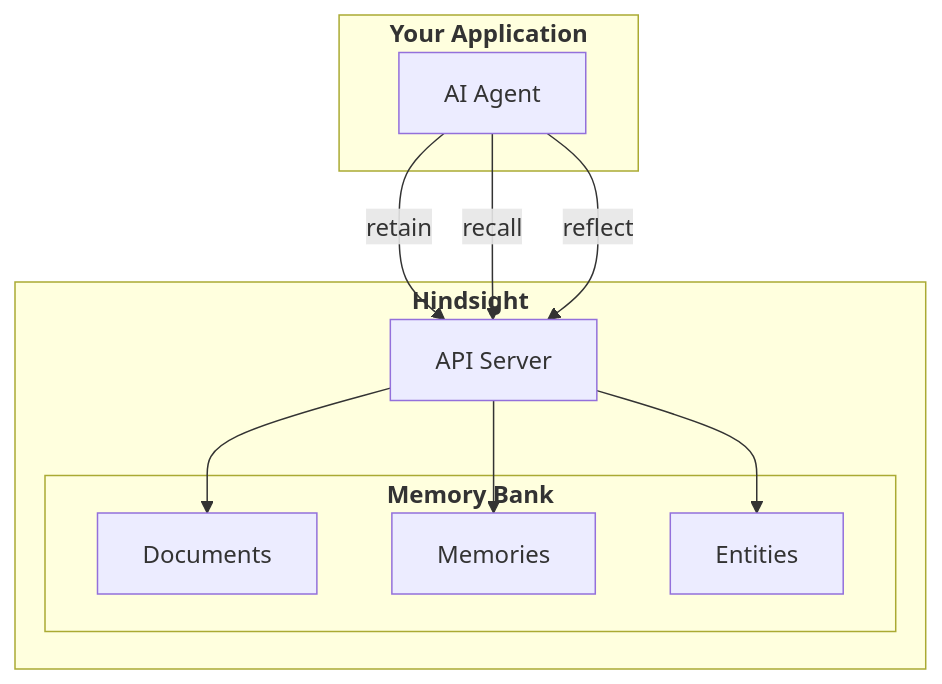
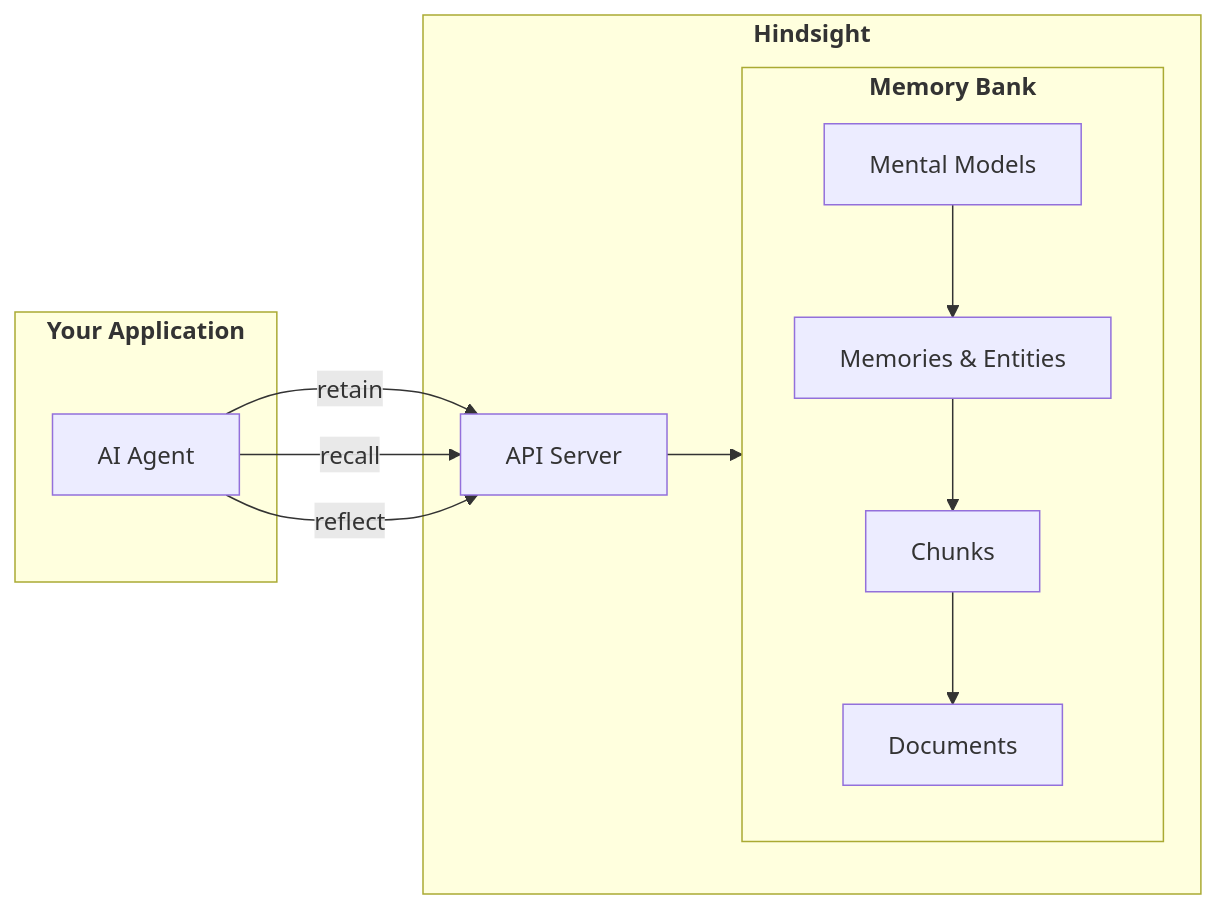
Before and after one commit to karljsamuel/hindsight: the first of 2 diagrams in hindsight-docs/docs/developer/index.md, drawn with Mermaid. The commit also changed other lines of this file and 65 other files, not shown here.

First line of the commit message:
doc: mental models (#199)

````diff
--- a/hindsight-docs/docs/developer/index.md
+++ b/hindsight-docs/docs/developer/index.md
@@ -23,24 +23,26 @@
 ```mermaid
-graph TB
+graph LR
     subgraph app["<b>Your Application</b>"]
         Agent[AI Agent]
     end
 
     subgraph hindsight["<b>Hindsight</b>"]
         API[API Server]
 
         subgraph bank["<b>Memory Bank</b>"]
+            direction TB
+            MentalModels[Mental Models]
+            MemEnt[Memories & Entities]
+            Chunks[Chunks]
             Documents[Documents]
-            Memories[Memories]
-            Entities[Entities]
+
+            MentalModels --> MemEnt --> Chunks --> Documents
         end
     end
 
     Agent -->|retain| API
     Agent -->|recall| API
     Agent -->|reflect| API
 
-    API --> Documents
-    API --> Memories
-    API --> Entities
+    API --> bank
 ```
````
